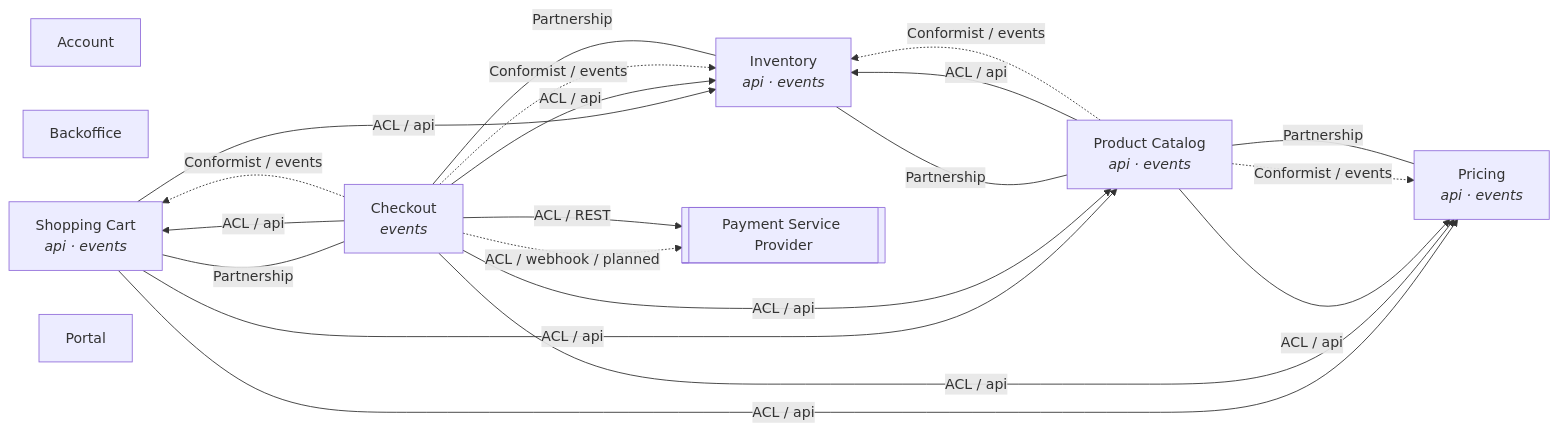
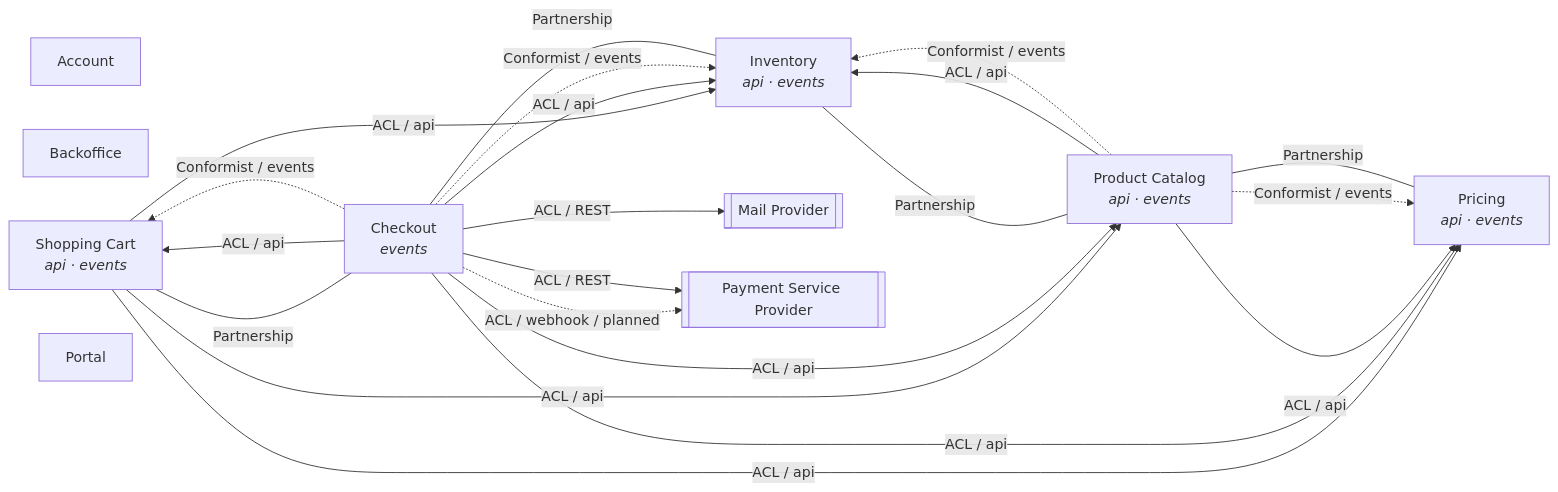
The diagram in docs/architecture/context-map.md (domain-centric-development/dca-ecommerce-sample-java), drawn with Mermaid before and after one commit. The commit also changed other lines of this file and 2 other files, not shown here.

Commit message:
refactor(checkout): The mail provider is on the context map
Story: the-mail-provider-is-on-the-context-map

````diff
--- a/docs/architecture/context-map.md
+++ b/docs/architecture/context-map.md
@@ -31,32 +31,34 @@
 ```mermaid
 graph LR
   account["Account"]
   backoffice["Backoffice"]
   cart["Shopping Cart<br/><i>api · events</i>"]
   checkout["Checkout<br/><i>events</i>"]
   inventory["Inventory<br/><i>api · events</i>"]
   portal["Portal"]
   pricing["Pricing<br/><i>api · events</i>"]
   product["Product Catalog<br/><i>api · events</i>"]
 
   cart -->|"ACL / api"| inventory
   cart -->|"ACL / api"| pricing
   cart -->|"ACL / api"| product
   checkout -->|"ACL / api"| cart
   checkout -.->|"Conformist / events"| cart
   checkout -->|"ACL / api"| inventory
   checkout -.->|"Conformist / events"| inventory
   checkout -->|"ACL / api"| pricing
   checkout -->|"ACL / api"| product
   product -->|"ACL / api"| inventory
   product -.->|"Conformist / events"| inventory
   product -->|"ACL / api"| pricing
   product -.->|"Conformist / events"| pricing
+  ext_mail_provider[["Mail Provider"]]
   ext_payment_service_provider[["Payment Service Provider"]]
+  checkout -->|"ACL / REST"| ext_mail_provider
   checkout -.->|"ACL / webhook / planned"| ext_payment_service_provider
   checkout -->|"ACL / REST"| ext_payment_service_provider
   cart ---|"Partnership"| checkout
   checkout ---|"Partnership"| inventory
   inventory ---|"Partnership"| product
   pricing ---|"Partnership"| product
 ```
````
